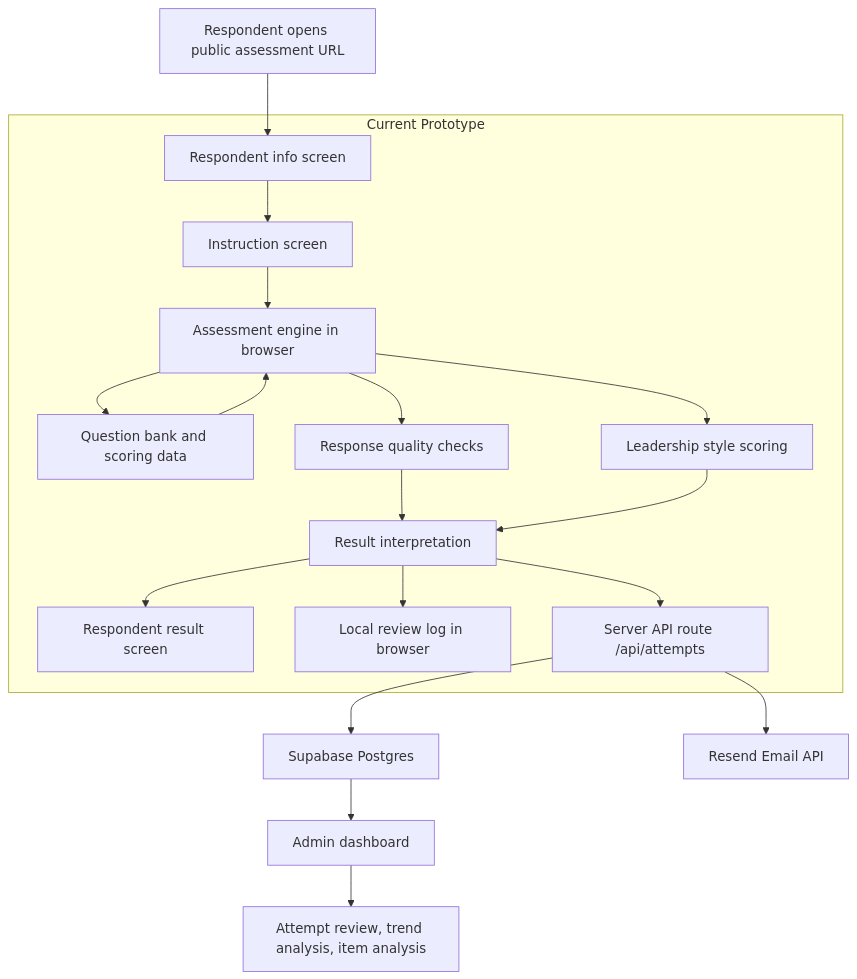
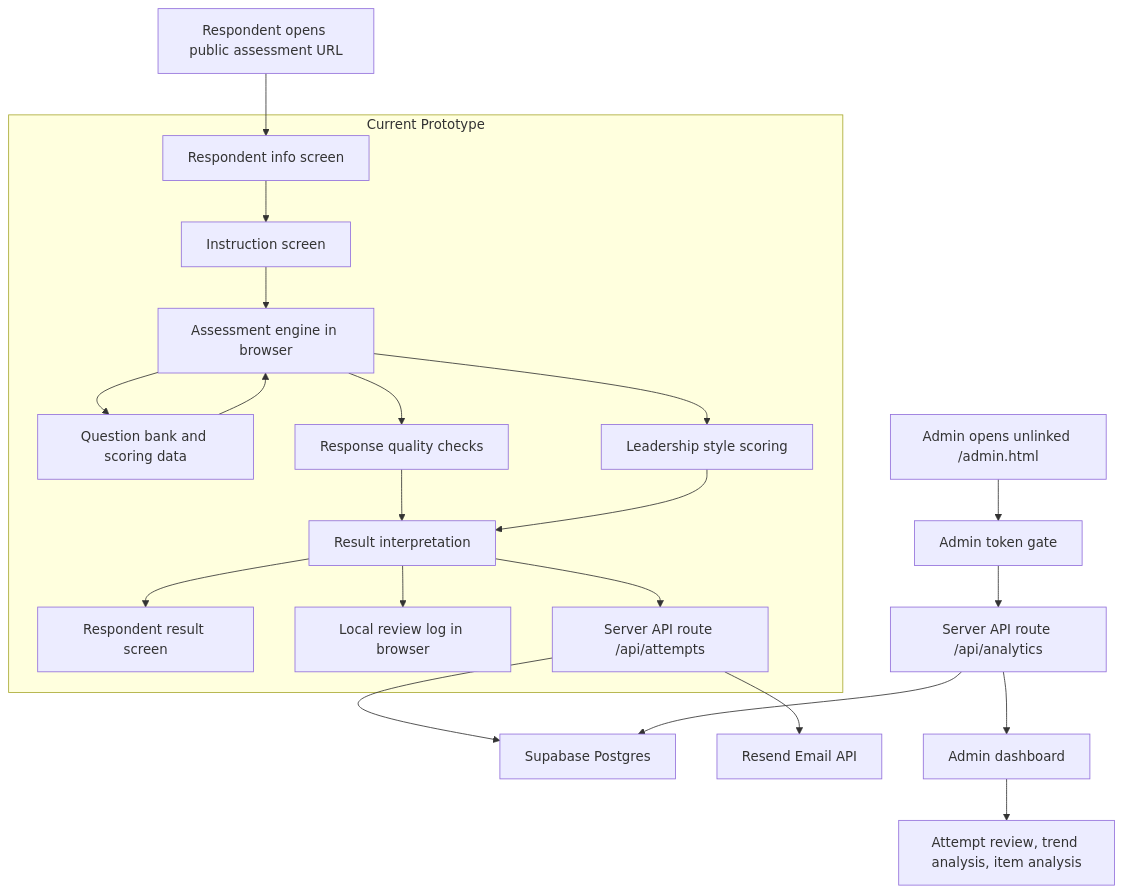
One commit to campojo/2.0_Leadership changed the first of 3 diagrams in ARCHITECTURE_OVERVIEW.md. Above: the diagram before and after it, drawn with Mermaid. The commit also changed other lines of this file and 9 other files, not shown here.

Commit message:
Build protected leadership analytics dashboard

````diff
--- a/ARCHITECTURE_OVERVIEW.md
+++ b/ARCHITECTURE_OVERVIEW.md
@@ -44,33 +45,36 @@
 ```mermaid
 flowchart TD
   A["Respondent opens public assessment URL"] --> N["Respondent info screen"]
   N --> B["Instruction screen"]
   B --> C["Assessment engine in browser"]
   C --> D["Question bank and scoring data"]
   D --> C
   C --> E["Response quality checks"]
   C --> F["Leadership style scoring"]
   E --> G["Result interpretation"]
   F --> G
   G --> H["Respondent result screen"]
   G --> I["Local review log in browser"]
   G --> J["Server API route /api/attempts"]
   J --> K["Supabase Postgres"]
   J --> O["Resend Email API"]
+  P["Admin opens unlinked /admin.html"] --> Q["Admin token gate"]
+  Q --> R["Server API route /api/analytics"]
+  R --> K
 
   subgraph CurrentPrototype["Current Prototype"]
     B
     N
     C
     D
     E
     F
     G
     H
     I
     J
   end
 
-  K --> L["Admin dashboard"]
+  R --> L["Admin dashboard"]
   L --> M["Attempt review, trend analysis, item analysis"]
 ```
````
